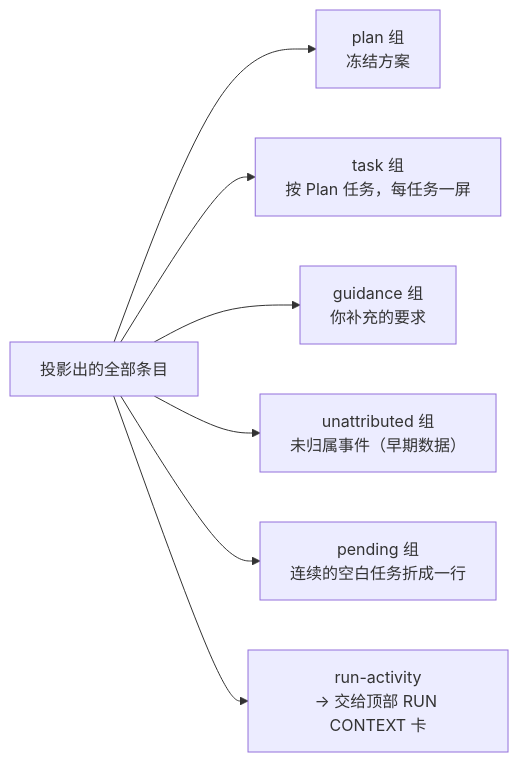
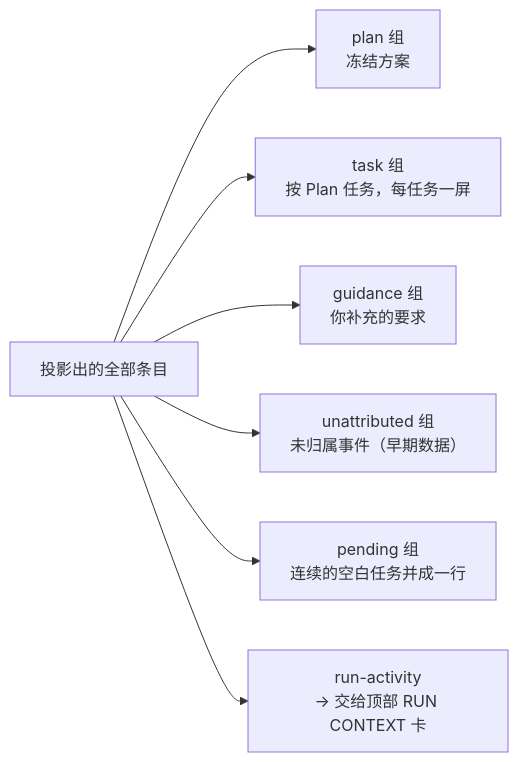
The fifth of 10 diagrams in docs/消息类型及事件状态机流程图.md (DigitalMarsh/pipeline-factory), drawn with Mermaid before and after one commit. The commit also changed other lines of this file, not shown here.

First line of the commit message:
docs: 《消息类型及事件状态机流程图》清一遍不好懂的词

````diff
--- a/docs/消息类型及事件状态机流程图.md
+++ b/docs/消息类型及事件状态机流程图.md
@@ -371,9 +380,9 @@
 ```mermaid
 flowchart LR
   ALL["投影出的全部条目"] --> G1["plan 组<br/>冻结方案"]
   ALL --> G2["task 组<br/>按 Plan 任务，每任务一屏"]
   ALL --> G3["guidance 组<br/>你补充的要求"]
   ALL --> G4["unattributed 组<br/>未归属事件（早期数据）"]
-  ALL --> G5["pending 组<br/>连续的空白任务折成一行"]
+  ALL --> G5["pending 组<br/>连续的空白任务并成一行"]
   ALL --> H["run-activity<br/>→ 交给顶部 RUN CONTEXT 卡"]
 ```
````
